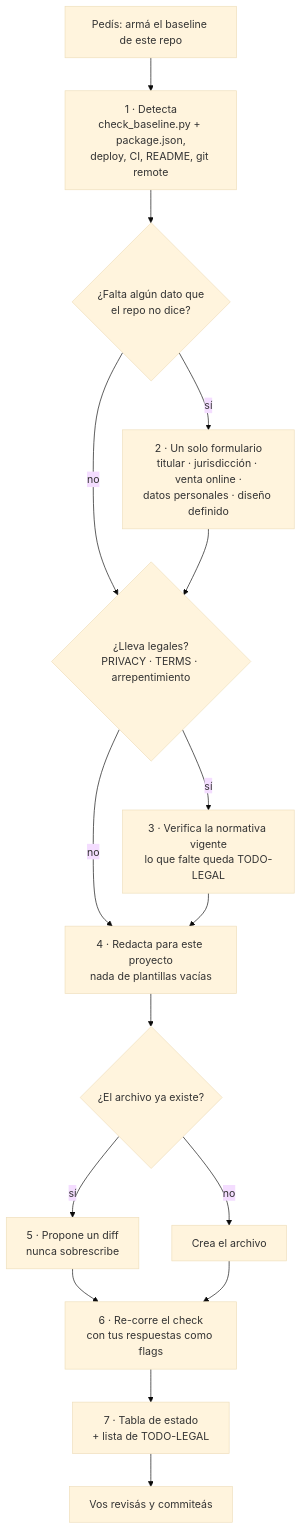
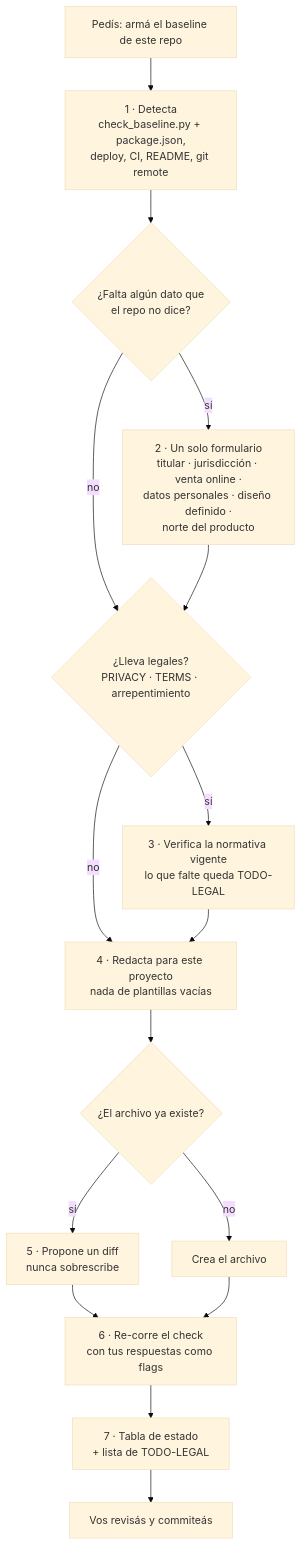
The diagram in README.md (PapiScholz/repo-baseline), drawn with Mermaid (base theme) before and after one commit. The commit also changed other lines of this file and 2 other files, not shown here.

First line of the commit message:
feat: ROADMAP.md en el baseline, con el norte del producto y los pasos para llegar

````diff
--- a/README.md
+++ b/README.md
@@ -45,18 +46,18 @@
 ```mermaid
 flowchart TD
     U["Pedís: armá el baseline de este repo"] --> D["1 · Detecta<br/>check_baseline.py + package.json,<br/>deploy, CI, README, git remote"]
     D --> Q{"¿Falta algún dato que<br/>el repo no dice?"}
-    Q -->|sí| F["2 · Un solo formulario<br/>titular · jurisdicción · venta online ·<br/>datos personales · diseño definido"]
+    Q -->|sí| F["2 · Un solo formulario<br/>titular · jurisdicción · venta online ·<br/>datos personales · diseño definido ·<br/>norte del producto"]
     Q -->|no| L
     F --> L{"¿Lleva legales?<br/>PRIVACY · TERMS · arrepentimiento"}
     L -->|sí| N["3 · Verifica la normativa vigente<br/>lo que falte queda TODO-LEGAL"]
     L -->|no| W
     N --> W["4 · Redacta para este proyecto<br/>nada de plantillas vacías"]
     W --> X{"¿El archivo ya existe?"}
     X -->|sí| DF["5 · Propone un diff<br/>nunca sobrescribe"]
     X -->|no| C["Crea el archivo"]
     DF --> V["6 · Re-corre el check<br/>con tus respuestas como flags"]
     C --> V
     V --> T["7 · Tabla de estado<br/>+ lista de TODO-LEGAL"]
     T --> G["Vos revisás y commiteás"]
 ```
````
